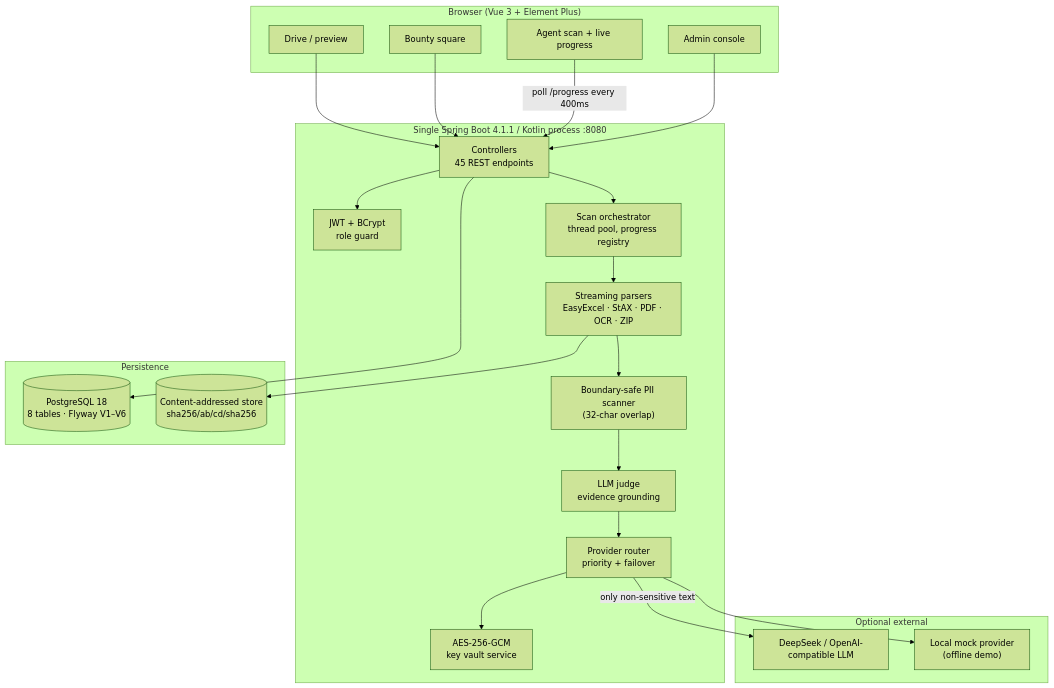
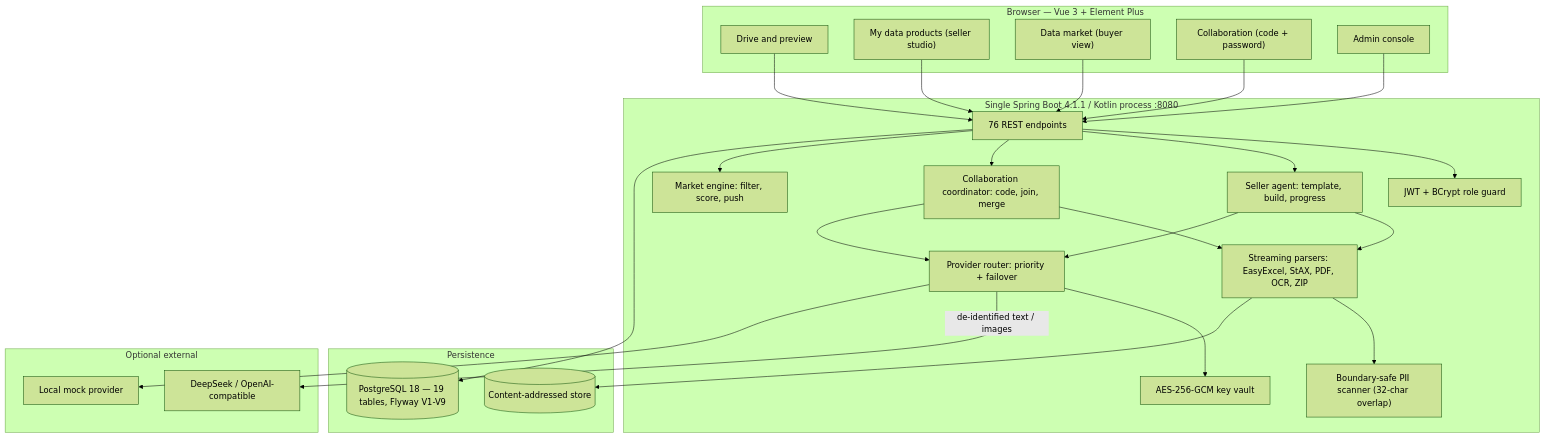
Before and after one commit to PanheadGG/agora-drive: the second of 7 diagrams in docs/www2026/WWW2026_Demo_AgentCloudDisk_EN.md, drawn with Mermaid (forest theme). The commit also changed other lines of this file and 1 other file, not shown here.

Commit message:
docs: 重写 WWW2026 Demo 论文（多 Agent 协同版，中英双语，7 张 Mermaid + 5 张实拍图）

````diff
--- a/docs/www2026/WWW2026_Demo_AgentCloudDisk_EN.md
+++ b/docs/www2026/WWW2026_Demo_AgentCloudDisk_EN.md
@@ -62,43 +63,52 @@
 ```mermaid
 flowchart TB
-    subgraph FE["Browser (Vue 3 + Element Plus)"]
-        V1["Drive / preview"]
-        V2["Bounty square"]
-        V3["Agent scan + live progress"]
-        V4["Admin console"]
+    subgraph FE["Browser — Vue 3 + Element Plus"]
+        V1["Drive and preview"]
+        V2["My data products (seller studio)"]
+        V3["Data market (buyer view)"]
+        V4["Collaboration (code + password)"]
+        V5["Admin console"]
     end
 
     subgraph BE["Single Spring Boot 4.1.1 / Kotlin process :8080"]
-        C["Controllers<br/>45 REST endpoints"]
-        AUTH["JWT + BCrypt<br/>role guard"]
-        SCAN["Scan orchestrator<br/>thread pool, progress registry"]
-        PARSE["Streaming parsers<br/>EasyExcel · StAX · PDF · OCR · ZIP"]
-        PII["Boundary-safe PII scanner<br/>(32-char overlap)"]
-        JUDGE["LLM judge<br/>evidence grounding"]
-        LLM["Provider router<br/>priority + failover"]
-        CRYPT["AES-256-GCM<br/>key vault service"]
+        C["76 REST endpoints"]
+        AUTH["JWT + BCrypt role guard"]
+        AGENT["Seller agent: template, build, progress"]
+        PARSE["Streaming parsers: EasyExcel, StAX, PDF, OCR, ZIP"]
+        PII["Boundary-safe PII scanner (32-char overlap)"]
+        COLLAB["Collaboration coordinator: code, join, merge"]
+        MARKET["Market engine: filter, score, push"]
+        LLM["Provider router: priority + failover"]
+        CRYPT["AES-256-GCM key vault"]
     end
 
     subgraph DATA["Persistence"]
-        PG[("PostgreSQL 18<br/>8 tables · Flyway V1–V6")]
-        FS[("Content-addressed store<br/>sha256/ab/cd/sha256")]
+        PG[("PostgreSQL 18 — 19 tables, Flyway V1-V9")]
+        FS[("Content-addressed store")]
     end
 
     subgraph EXT["Optional external"]
-        DS["DeepSeek / OpenAI-compatible LLM"]
-        MOCK["Local mock provider<br/>(offline demo)"]
+        DS["DeepSeek / OpenAI-compatible"]
+        MOCK["Local mock provider"]
     end
 
     V1 --> C
     V2 --> C
-    V3 -->|"poll /progress every 400ms"| C
+    V3 --> C
     V4 --> C
+    V5 --> C
     C --> AUTH
-    C --> SCAN
-    SCAN --> PARSE --> PII --> JUDGE --> LLM
+    C --> AGENT
+    AGENT --> PARSE
+    PARSE --> PII
+    C --> COLLAB
+    COLLAB --> PARSE
+    C --> MARKET
+    AGENT --> LLM
+    COLLAB --> LLM
     LLM --> CRYPT
-    LLM -->|"only non-sensitive text"| DS
+    LLM -->|"de-identified text / images"| DS
     LLM --> MOCK
     C --> PG
     PARSE --> FS
 ```
````
